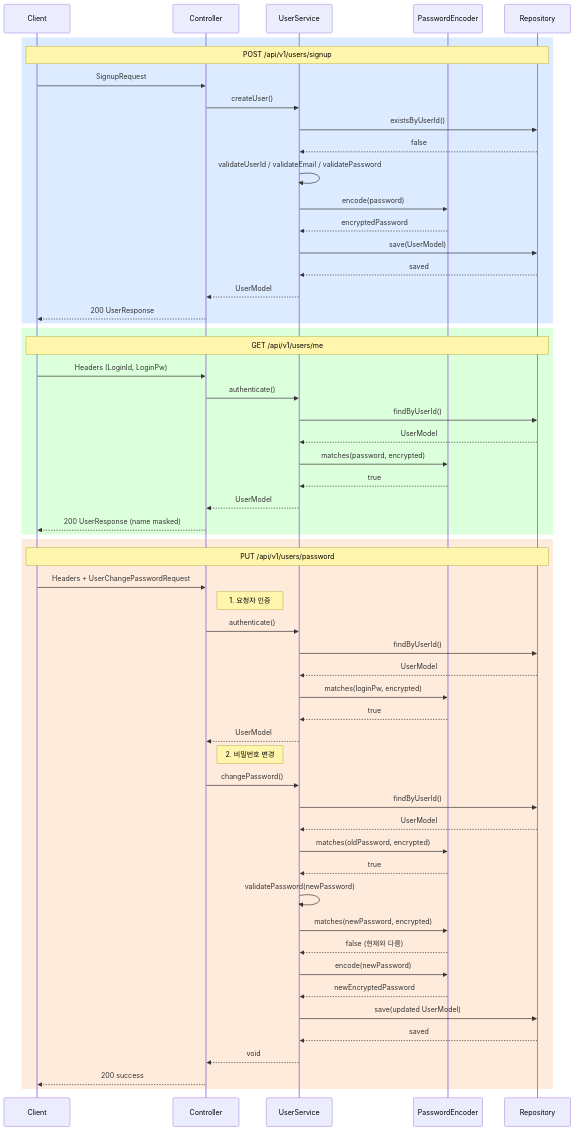
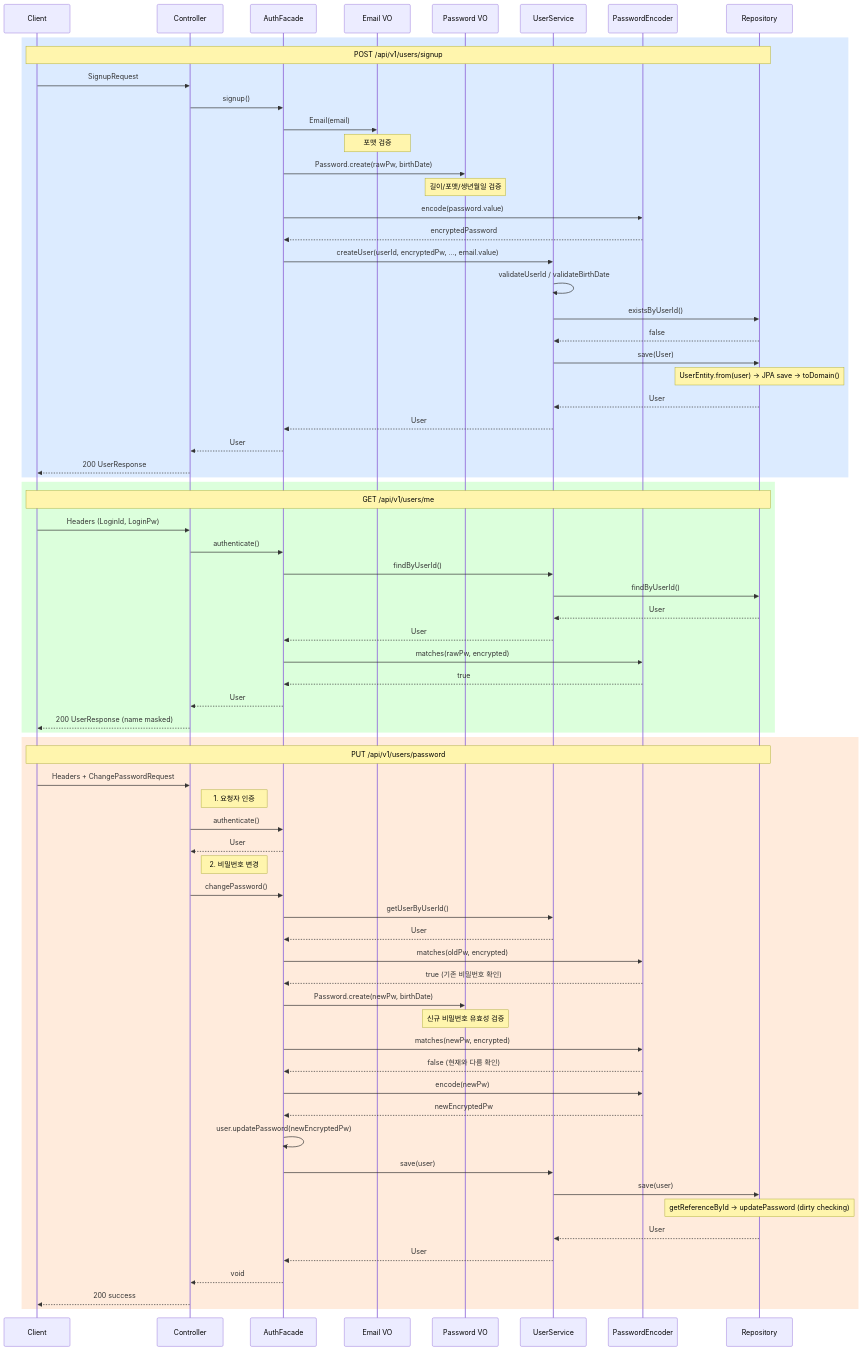
One commit to Loopers-dev-lab/loop-pack-be-l2-vol3-kotlin changed the second of 2 diagrams in week_notes/week-1.md. Above: the diagram before and after it, drawn with Mermaid. The commit also changed other lines of this file, not shown here.

Commit message:
[UPDATE] domain Model / JPA Entity 분리 후 week-1.md 수정

````diff
--- a/week_notes/week-1.md
+++ b/week_notes/week-1.md
@@ -166,62 +207,75 @@
 ```mermaid
 sequenceDiagram
     participant C as Client
     participant Ctrl as Controller
+    participant Facade as AuthFacade
+    participant Email as Email VO
+    participant Pw as Password VO
     participant Svc as UserService
     participant Enc as PasswordEncoder
     participant Repo as Repository
 
     rect rgb(220, 235, 255)
     Note over C,Repo: POST /api/v1/users/signup
         C->>Ctrl: SignupRequest
-        Ctrl->>Svc: createUser()
+        Ctrl->>Facade: signup()
+        Facade->>Email: Email(email)
+        Note over Email: 포맷 검증
+        Facade->>Pw: Password.create(rawPw, birthDate)
+        Note over Pw: 길이/포맷/생년월일 검증
+        Facade->>Enc: encode(password.value)
+        Enc-->>Facade: encryptedPassword
+        Facade->>Svc: createUser(userId, encryptedPw, ..., email.value)
+        Svc->>Svc: validateUserId / validateBirthDate
         Svc->>Repo: existsByUserId()
         Repo-->>Svc: false
-        Svc->>Svc: validateUserId / validateEmail / validatePassword
-        Svc->>Enc: encode(password)
-        Enc-->>Svc: encryptedPassword
-        Svc->>Repo: save(UserModel)
-        Repo-->>Svc: saved
-        Svc-->>Ctrl: UserModel
+        Svc->>Repo: save(User)
+        Note over Repo: UserEntity.from(user) → JPA save → toDomain()
+        Repo-->>Svc: User
+        Svc-->>Facade: User
+        Facade-->>Ctrl: User
         Ctrl-->>C: 200 UserResponse
     end
 
     rect rgb(220, 255, 220)
     Note over C,Repo: GET /api/v1/users/me
         C->>Ctrl: Headers (LoginId, LoginPw)
-        Ctrl->>Svc: authenticate()
+        Ctrl->>Facade: authenticate()
+        Facade->>Svc: findByUserId()
         Svc->>Repo: findByUserId()
-        Repo-->>Svc: UserModel
-        Svc->>Enc: matches(password, encrypted)
-        Enc-->>Svc: true
-        Svc-->>Ctrl: UserModel
+        Repo-->>Svc: User
+        Svc-->>Facade: User
+        Facade->>Enc: matches(rawPw, encrypted)
+        Enc-->>Facade: true
+        Facade-->>Ctrl: User
         Ctrl-->>C: 200 UserResponse (name masked)
     end
 
     rect rgb(255, 235, 220)
     Note over C,Repo: PUT /api/v1/users/password
-        C->>Ctrl: Headers + UserChangePasswordRequest
+        C->>Ctrl: Headers + ChangePasswordRequest
         Note right of Ctrl: 1. 요청자 인증
-        Ctrl->>Svc: authenticate()
-        Svc->>Repo: findByUserId()
-        Repo-->>Svc: UserModel
-        Svc->>Enc: matches(loginPw, encrypted)
-        Enc-->>Svc: true
-        Svc-->>Ctrl: UserModel
+        Ctrl->>Facade: authenticate()
+        Facade-->>Ctrl: User
         Note right of Ctrl: 2. 비밀번호 변경
-        Ctrl->>Svc: changePassword()
-        Svc->>Repo: findByUserId()
-        Repo-->>Svc: UserModel
-        Svc->>Enc: matches(oldPassword, encrypted)
-        Enc-->>Svc: true
-        Svc->>Svc: validatePassword(newPassword)
-        Svc->>Enc: matches(newPassword, encrypted)
-        Enc-->>Svc: false (현재와 다름)
-        Svc->>Enc: encode(newPassword)
-        Enc-->>Svc: newEncryptedPassword
-        Svc->>Repo: save(updated UserModel)
-        Repo-->>Svc: saved
-        Svc-->>Ctrl: void
+        Ctrl->>Facade: changePassword()
+        Facade->>Svc: getUserByUserId()
+        Svc-->>Facade: User
+        Facade->>Enc: matches(oldPw, encrypted)
+        Enc-->>Facade: true (기존 비밀번호 확인)
+        Facade->>Pw: Password.create(newPw, birthDate)
+        Note over Pw: 신규 비밀번호 유효성 검증
+        Facade->>Enc: matches(newPw, encrypted)
+        Enc-->>Facade: false (현재와 다름 확인)
+        Facade->>Enc: encode(newPw)
+        Enc-->>Facade: newEncryptedPw
+        Facade->>Facade: user.updatePassword(newEncryptedPw)
+        Facade->>Svc: save(user)
+        Svc->>Repo: save(user)
+        Note over Repo: getReferenceById → updatePassword (dirty checking)
+        Repo-->>Svc: User
+        Svc-->>Facade: User
+        Facade-->>Ctrl: void
         Ctrl-->>C: 200 success
     end
 ```
````
